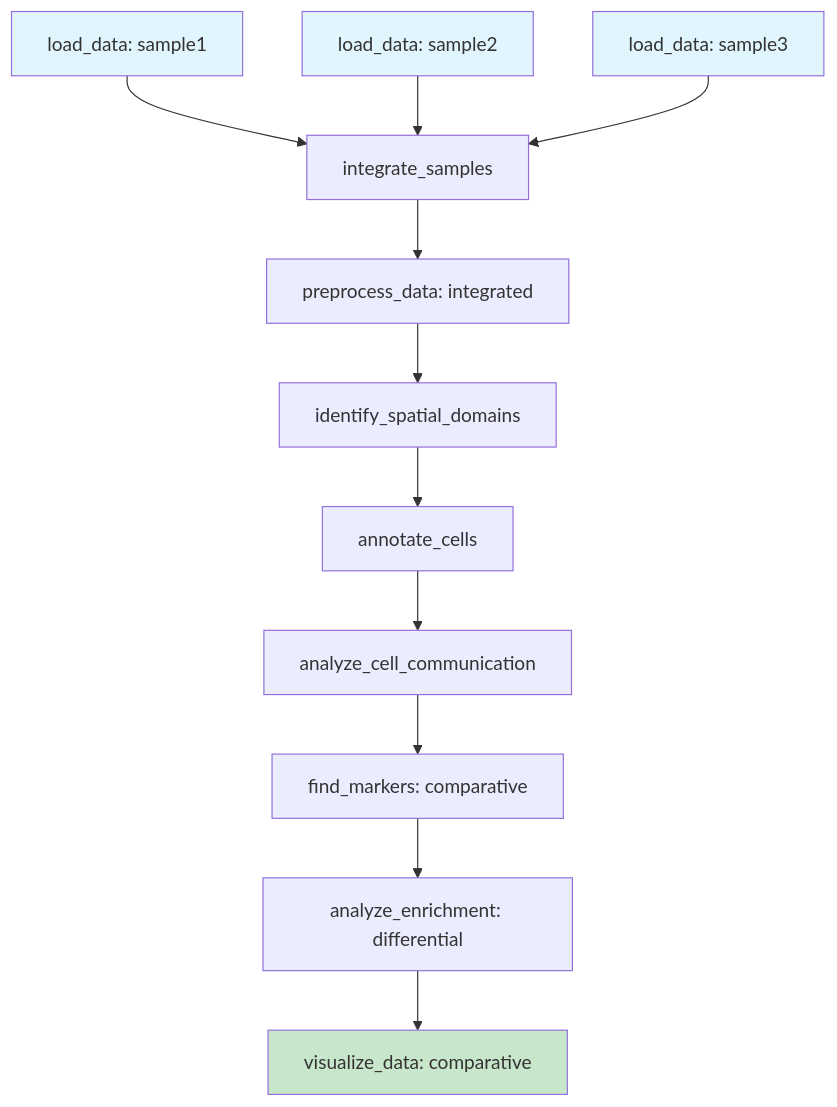
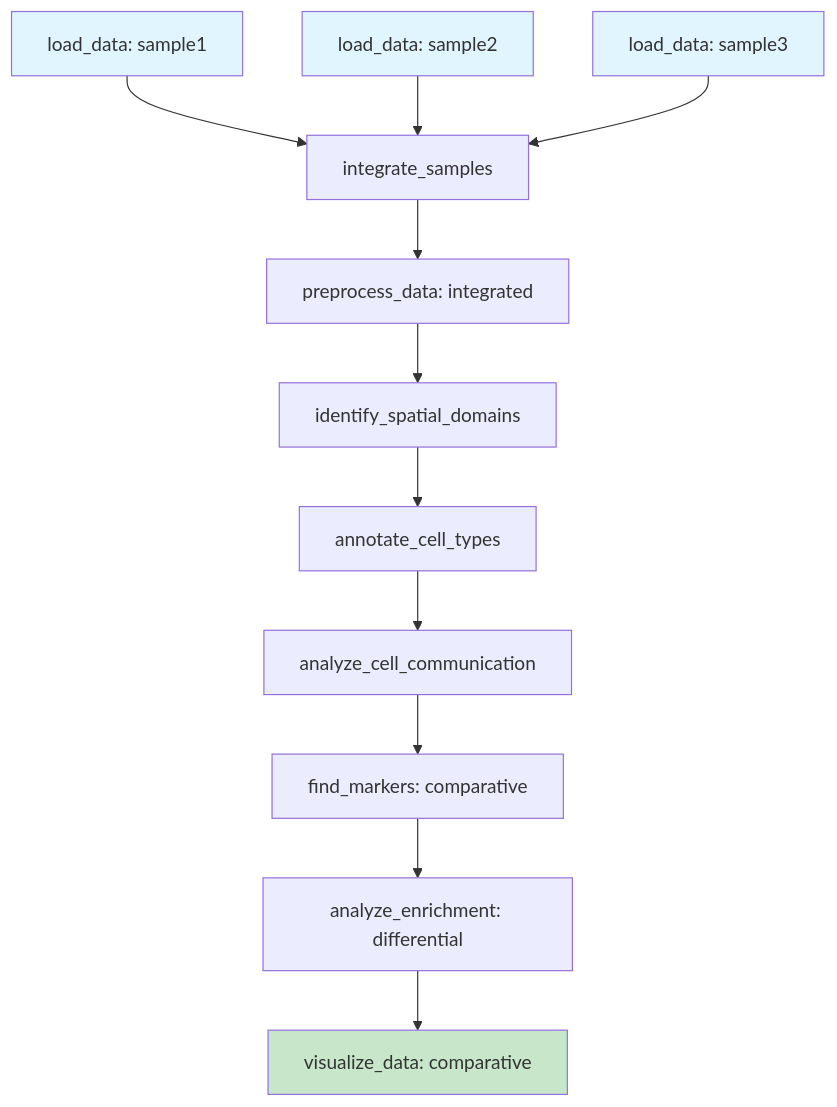
One commit to cafferychen777/ChatSpatial changed the third of 7 diagrams in docs/reference/quick-reference/common-workflows.md. Above: the diagram before and after it, drawn with Mermaid. The commit also changed other lines of this file and 18 other files, not shown here.

````diff
--- a/docs/reference/quick-reference/common-workflows.md
+++ b/docs/reference/quick-reference/common-workflows.md
@@ -110,18 +110,18 @@
 ```mermaid
 graph TD
     A[load_data: sample1] --> D[integrate_samples]
     B[load_data: sample2] --> D
     C[load_data: sample3] --> D
     D --> E[preprocess_data: integrated]
     E --> F[identify_spatial_domains]
-    F --> G[annotate_cells]
+    F --> G[annotate_cell_types]
     G --> H[analyze_cell_communication]
     H --> I[find_markers: comparative]
     I --> J[analyze_enrichment: differential]
     J --> K[visualize_data: comparative]
     
     style A fill:#e1f5fe
     style B fill:#e1f5fe  
     style C fill:#e1f5fe
     style K fill:#c8e6c9
 ```
````
